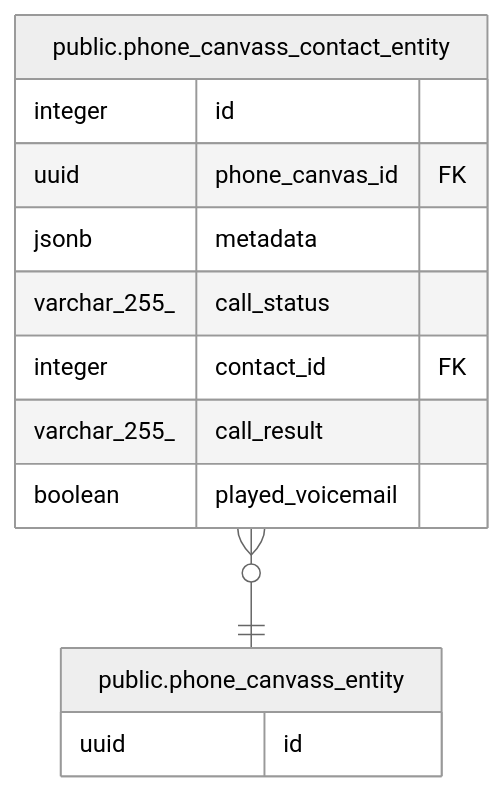
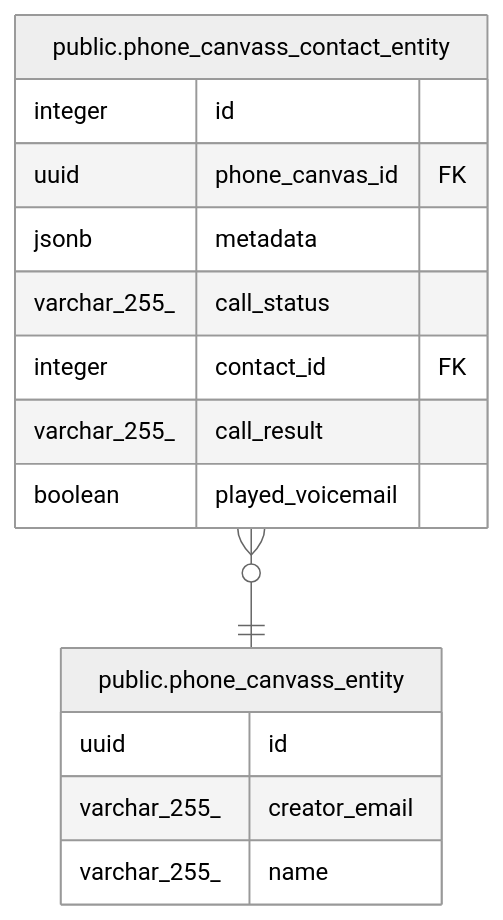
One commit to gpo/grassroots changed the diagram in doc/schema/public.phone_canvass_entity.md. Above: the diagram before and after it, drawn with Mermaid (neutral theme). The commit also changed other lines of this file and 6 other files, not shown here.

````diff
--- a/doc/schema/public.phone_canvass_entity.md
+++ b/doc/schema/public.phone_canvass_entity.md
@@ -26,18 +30,20 @@
 ```mermaid
 erDiagram
 
 "public.phone_canvass_contact_entity" }o--|| "public.phone_canvass_entity" : ""
 
 "public.phone_canvass_entity" {
   uuid id
+  varchar_255_ creator_email
+  varchar_255_ name
 }
 "public.phone_canvass_contact_entity" {
   integer id
   uuid phone_canvas_id FK
   jsonb metadata
   varchar_255_ call_status
   integer contact_id FK
   varchar_255_ call_result
   boolean played_voicemail
 }
 ```
````
